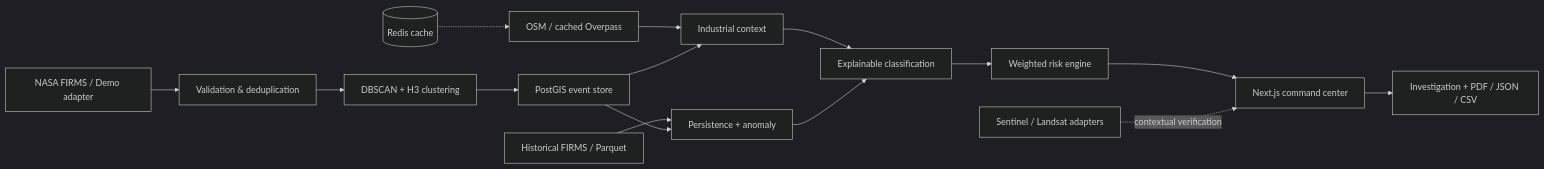
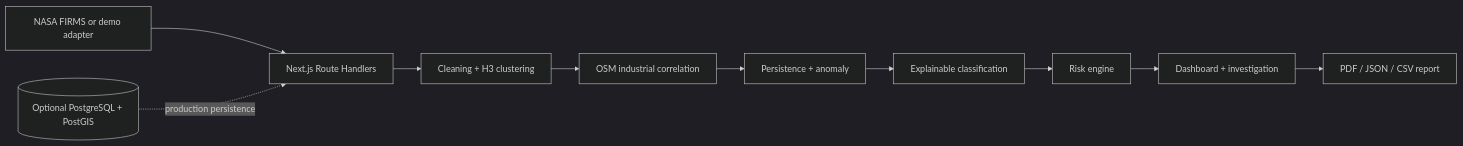
One commit to Mohit16S/thermal-sentinel changed the diagram in README.md. Above: the diagram before and after it, drawn with Mermaid (dark theme). The commit also changed other lines of this file and 8353 other files, not shown here.

Commit message:
Migrate Thermal Sentinel to a single Vercel-ready Next.js app

````diff
--- a/README.md
+++ b/README.md
@@ -15,17 +11,12 @@
 ```mermaid
 flowchart LR
-  A[NASA FIRMS / Demo adapter] --> B[Validation & deduplication]
-  B --> C[DBSCAN + H3 clustering]
-  C --> D[PostGIS event store]
-  E[OSM / cached Overpass] --> F[Industrial context]
-  D --> F
-  G[Historical FIRMS / Parquet] --> H[Persistence + anomaly]
-  D --> H
-  F --> I[Explainable classification]
-  H --> I
-  I --> J[Weighted risk engine]
-  J --> K[Next.js command center]
-  K --> L[Investigation + PDF / JSON / CSV]
-  M[Sentinel / Landsat adapters] -. contextual verification .-> K
-  R[(Redis cache)] -.-> E
+  A[NASA FIRMS or demo adapter] --> B[Next.js Route Handlers]
+  B --> C[Cleaning + H3 clustering]
+  C --> D[OSM industrial correlation]
+  D --> E[Persistence + anomaly]
+  E --> F[Explainable classification]
+  F --> G[Risk engine]
+  G --> H[Dashboard + investigation]
+  H --> I[PDF / JSON / CSV report]
+  J[(Optional PostgreSQL + PostGIS)] -. production persistence .-> B
 ```
````
